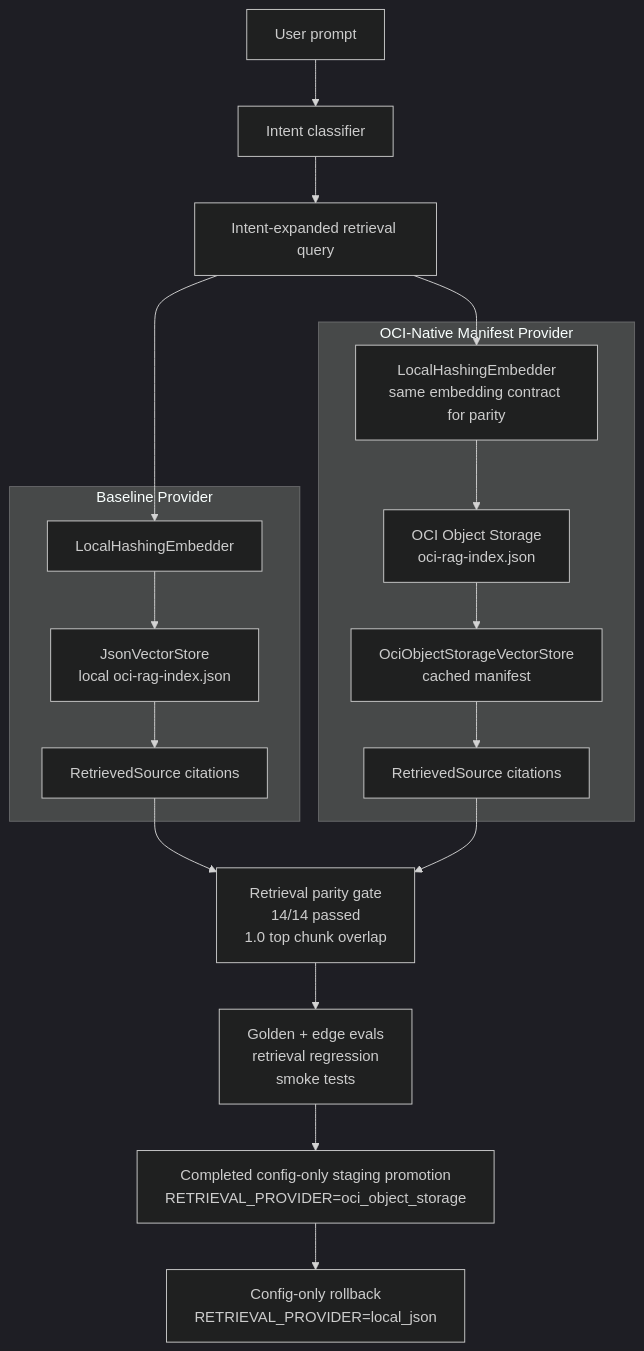
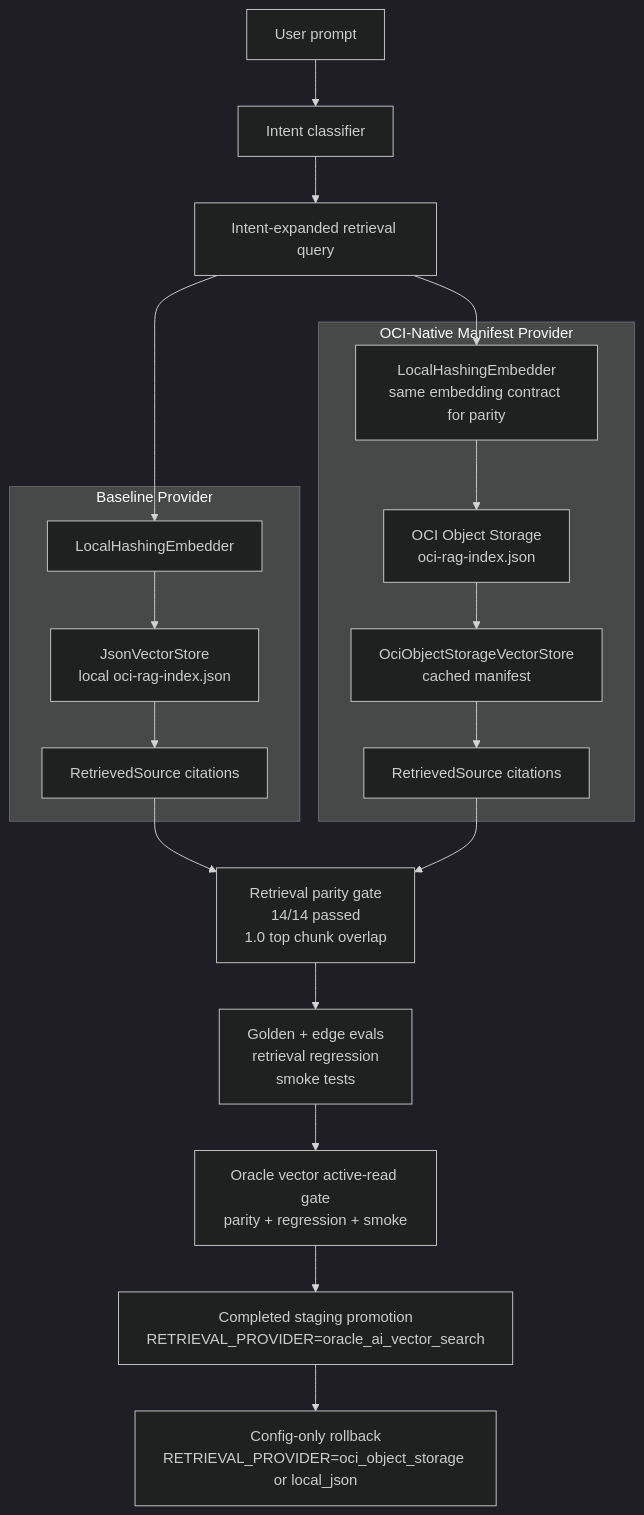
Before and after one commit to BfShaik/OCI-Architecture-Studio: the second of 6 diagrams in docs/architecture/architecture-diagrams.md, drawn with Mermaid (dark theme). The commit also changed other lines of this file and 21 other files, not shown here.

````diff
--- a/docs/architecture/architecture-diagrams.md
+++ b/docs/architecture/architecture-diagrams.md
@@ -55,31 +58,32 @@
 ```mermaid
 flowchart TD
   Prompt["User prompt"]
   Classifier["Intent classifier"]
   Query["Intent-expanded retrieval query"]
 
   subgraph Local["Baseline Provider"]
     LocalEmbed["LocalHashingEmbedder"]
     LocalStore["JsonVectorStore\nlocal oci-rag-index.json"]
     LocalResults["RetrievedSource citations"]
   end
 
   subgraph OCIManifest["OCI-Native Manifest Provider"]
     OCIEmbed["LocalHashingEmbedder\nsame embedding contract for parity"]
     ObjectStore["OCI Object Storage\noci-rag-index.json"]
     OCIStore["OciObjectStorageVectorStore\ncached manifest"]
     OCIResults["RetrievedSource citations"]
   end
 
   Parity["Retrieval parity gate\n14/14 passed\n1.0 top chunk overlap"]
   EvalGate["Golden + edge evals\nretrieval regression\nsmoke tests"]
-  Promote["Completed config-only staging promotion\nRETRIEVAL_PROVIDER=oci_object_storage"]
-  Rollback["Config-only rollback\nRETRIEVAL_PROVIDER=local_json"]
+  VectorGate["Oracle vector active-read gate\nparity + regression + smoke"]
+  Promote["Completed staging promotion\nRETRIEVAL_PROVIDER=oracle_ai_vector_search"]
+  Rollback["Config-only rollback\nRETRIEVAL_PROVIDER=oci_object_storage or local_json"]
 
   Prompt --> Classifier --> Query
   Query --> LocalEmbed --> LocalStore --> LocalResults --> Parity
   Query --> OCIEmbed --> ObjectStore --> OCIStore --> OCIResults --> Parity
-  Parity --> EvalGate
-  EvalGate --> Promote
+  Parity --> EvalGate --> VectorGate
+  VectorGate --> Promote
   Promote --> Rollback
 ```
````
